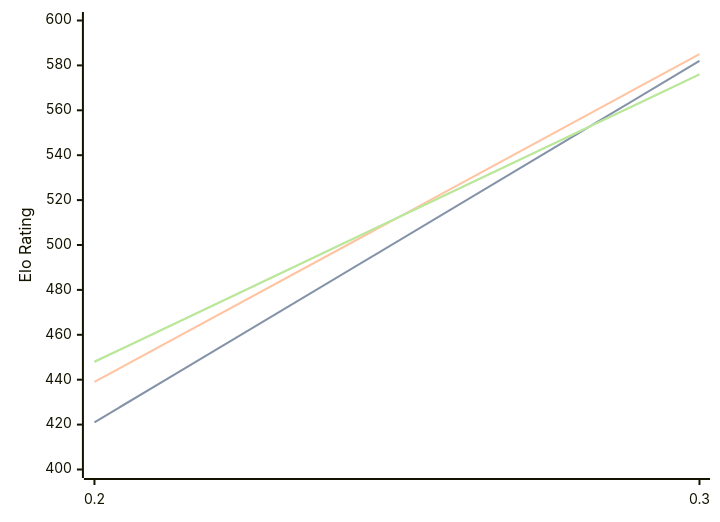
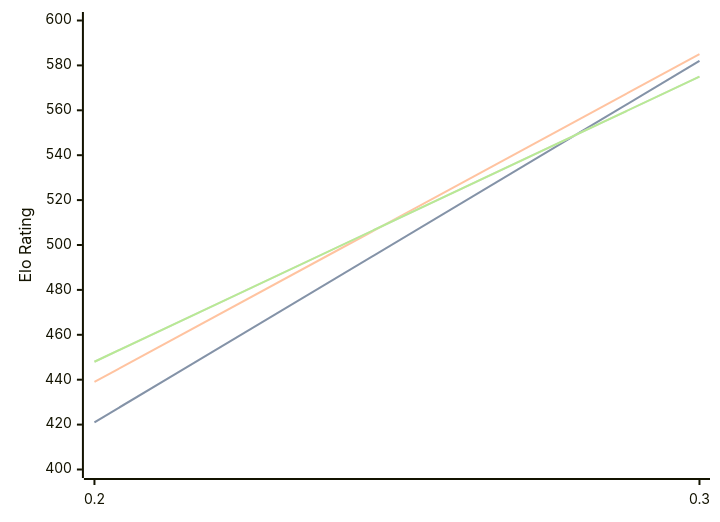
One commit to computer-chess-index/cci changed the diagram in engines/Magpie.md. Above: the diagram before and after it, drawn with Mermaid. The commit also changed other lines of this file, not shown here.

Commit message:
Update CCI Ratings (ELO VLTC) - 2026-09-25

````diff
--- a/engines/Magpie.md
+++ b/engines/Magpie.md
@@ -32,11 +32,11 @@
 ```mermaid
 %%{init: {"theme":"base","themeVariables":{"seriesColors:['#a3a3a3','#222221','#faa371']}}}%%
 xychart-beta
   x-axis ["0.2", "0.3"]
   y-axis "Elo Rating" 400 --> 600
   line "" [421, 582]
   line "STC (8.0+0.08s)" [421, 582]
   line "LTC (60.0+0.60s)" [439, 585]
-  line "" [448, 576]
-  line "VLTC (2m24s+1.12s)" [448, 576]
+  line "" [448, 575]
+  line "VLTC (2m24s+1.12s)" [448, 575]
 ```
````
